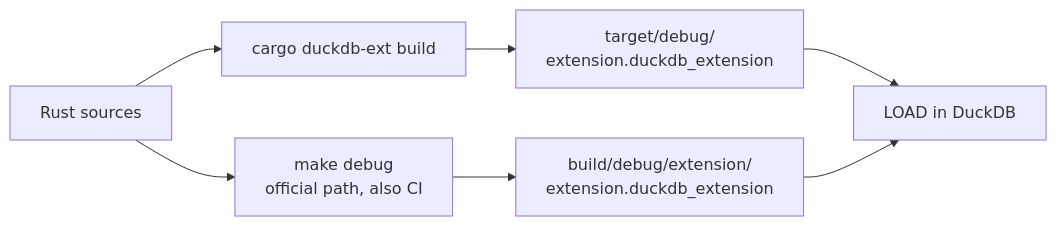
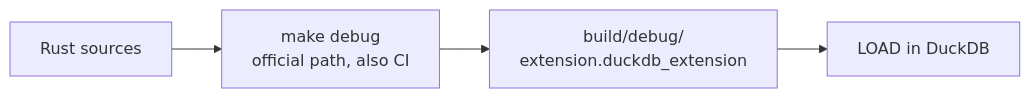
Before and after one commit to shijianjs/duckfn-statrs: the first of 2 diagrams in docs/docs/build-and-release.md, drawn with Mermaid. The commit also changed other lines of this file and 16 other files, not shown here.

````diff
--- a/docs/docs/build-and-release.md
+++ b/docs/docs/build-and-release.md
@@ -24,9 +21,6 @@
 ```mermaid
 flowchart LR
-    src["Rust sources"] --> cargo["cargo duckdb-ext build"]
-    src --> make["make debug<br/>official path, also CI"]
-    cargo --> out1["target/debug/<br/>extension.duckdb_extension"]
-    make --> out2["build/debug/extension/<br/>extension.duckdb_extension"]
-    out1 --> load["LOAD in DuckDB"]
-    out2 --> load
+    src["Rust sources"] --> make["make debug<br/>official path, also CI"]
+    make --> out["build/debug/<br/>extension.duckdb_extension"]
+    out --> load["LOAD in DuckDB"]
 ```
````
